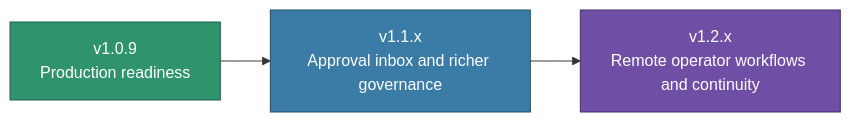
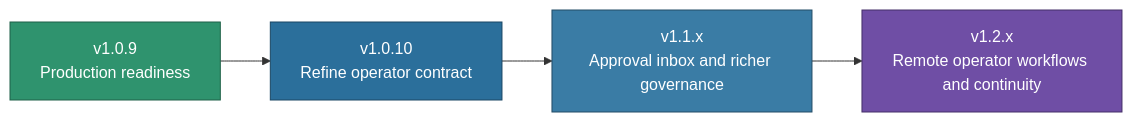
The diagram in docs/product/ROADMAP.md (ShaileshRawat1403/dax), drawn with Mermaid before and after one commit. The commit also changed other lines of this file and 23 other files, not shown here.

Commit message:
feat: prepare refine operator contract for v1.0.10

````diff
--- a/docs/product/ROADMAP.md
+++ b/docs/product/ROADMAP.md
@@ -18,8 +18,10 @@
 ```mermaid
 flowchart LR
-    A[v1.0.9<br/>Production readiness] --> B[v1.1.x<br/>Approval inbox and richer governance]
-    B --> C[v1.2.x<br/>Remote operator workflows and continuity]
+    A[v1.0.9<br/>Production readiness] --> B[v1.0.10<br/>Refine operator contract]
+    B --> C[v1.1.x<br/>Approval inbox and richer governance]
+    C --> D[v1.2.x<br/>Remote operator workflows and continuity]
     style A fill:#2f936e,stroke:#1f6148,color:#fff
-    style B fill:#3a7ca5,stroke:#234c66,color:#fff
-    style C fill:#6f4ea5,stroke:#452f68,color:#fff
+    style B fill:#2b6f9b,stroke:#1a4764,color:#fff
+    style C fill:#3a7ca5,stroke:#234c66,color:#fff
+    style D fill:#6f4ea5,stroke:#452f68,color:#fff
 ```
````
